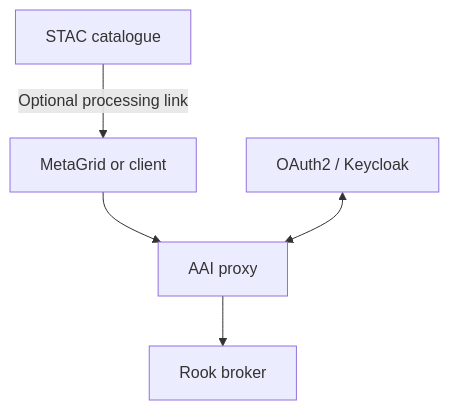
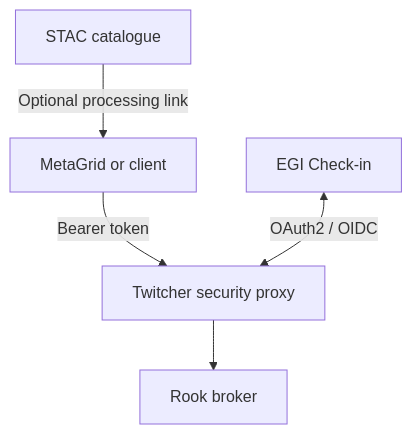
The sixth of 10 diagrams in Rook_WPS_ESGF2_talk_draft.md (roocs/rook), drawn with Mermaid before and after one commit. The commit also changed other lines of this file, not shown here.

````diff
--- a/Rook_WPS_ESGF2_talk_draft.md
+++ b/Rook_WPS_ESGF2_talk_draft.md
@@ -197,7 +209,7 @@
 ```mermaid
 flowchart TD
     STAC["STAC catalogue"] -->|"Optional processing link"| Portal["MetaGrid or client"]
-    Portal --> Proxy["AAI proxy"]
-    Keycloak["OAuth2 / Keycloak"] <--> Proxy
+    Portal -->|"Bearer token"| Proxy["Twitcher security proxy"]
+    EGI["EGI Check-in"] <-->|"OAuth2 / OIDC"| Proxy
     Proxy --> Broker["Rook broker"]
 ```
````
